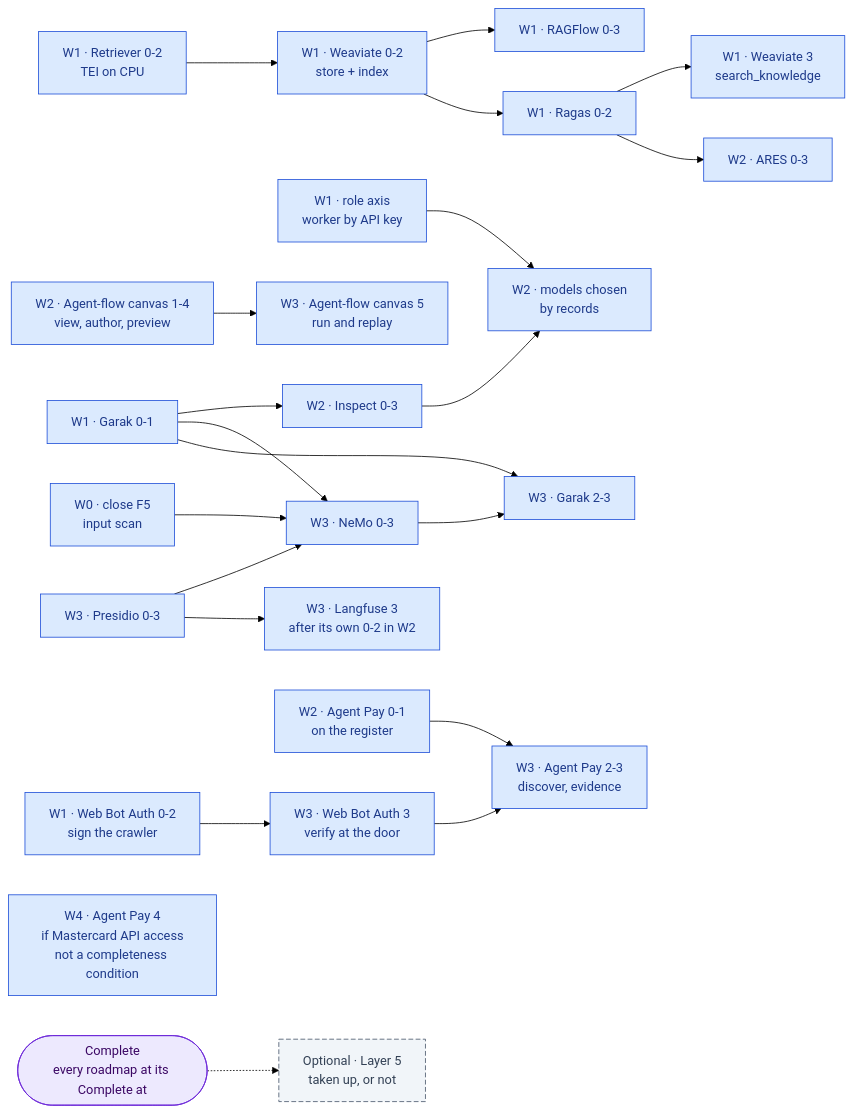
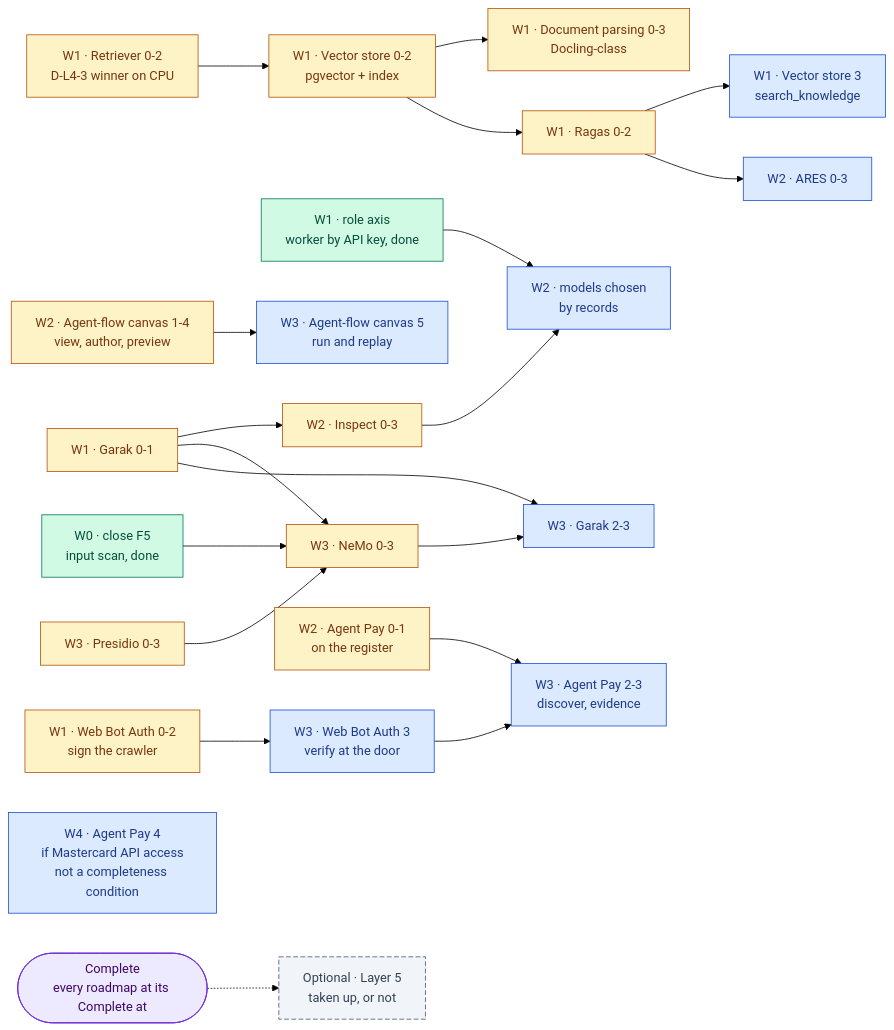
The fourth of 5 diagrams in docs/ai-architecture-roadmap.md (RodnaPamet/inflect-compliance), drawn with Mermaid (forest theme) before and after one commit. The commit also changed other lines of this file and 287 other files, not shown here.

First line of the commit message:
AI roadmap waves 0–1: owner decisions, 22 phases built across 15 roadmaps (#5323)

````diff
--- a/docs/ai-architecture-roadmap.md
+++ b/docs/ai-architecture-roadmap.md
@@ -679,51 +866,51 @@
 ```mermaid
 flowchart LR
-  F5["W0 · close F5<br/>input scan"]:::todo
-  RT1["W1 · Retriever 0-2<br/>TEI on CPU"]:::todo
-  WV2["W1 · Weaviate 0-2<br/>store + index"]:::todo
-  RF2["W1 · RAGFlow 0-3"]:::todo
-  RA2["W1 · Ragas 0-2"]:::todo
-  WV3["W1 · Weaviate 3<br/>search_knowledge"]:::todo
+  F5["W0 · close F5<br/>input scan, done"]:::done
+  RT1["W1 · Retriever 0-2<br/>D-L4-3 winner on CPU"]:::partial
+  WV2["W1 · Vector store 0-2<br/>pgvector + index"]:::partial
+  RF2["W1 · Document parsing 0-3<br/>Docling-class"]:::partial
+  RA2["W1 · Ragas 0-2"]:::partial
+  WV3["W1 · Vector store 3<br/>search_knowledge"]:::todo
   AR2["W2 · ARES 0-3"]:::todo
-  GA1["W1 · Garak 0-1"]:::todo
-  RX1["W1 · role axis<br/>worker by API key"]:::todo
-  IS2["W2 · Inspect 0-3"]:::todo
+  GA1["W1 · Garak 0-1"]:::partial
+  RX1["W1 · role axis<br/>worker by API key, done"]:::done
+  IS2["W2 · Inspect 0-3"]:::partial
   NR3["W2 · models chosen<br/>by records"]:::todo
-  AF1["W2 · Agent-flow canvas 1-4<br/>view, author, preview"]:::todo
+  AF1["W2 · Agent-flow canvas 1-4<br/>view, author, preview"]:::partial
   AF4["W3 · Agent-flow canvas 5<br/>run and replay"]:::todo
-  PR2["W3 · Presidio 0-3"]:::todo
-  NG2["W3 · NeMo 0-3"]:::todo
-  LU3["W3 · Langfuse 3<br/>after its own 0-2 in W2"]:::todo
+  PR2["W3 · Presidio 0-3"]:::partial
+  NG2["W3 · NeMo 0-3"]:::partial
   GA2["W3 · Garak 2-3"]:::todo
-  WB2["W1 · Web Bot Auth 0-2<br/>sign the crawler"]:::todo
+  WB2["W1 · Web Bot Auth 0-2<br/>sign the crawler"]:::partial
   WB3["W3 · Web Bot Auth 3<br/>verify at the door"]:::todo
-  AP1["W2 · Agent Pay 0-1<br/>on the register"]:::todo
+  AP1["W2 · Agent Pay 0-1<br/>on the register"]:::partial
   AP3["W3 · Agent Pay 2-3<br/>discover, evidence"]:::todo
   AP4["W4 · Agent Pay 4<br/>if Mastercard API access<br/>not a completeness condition"]:::todo
   DONE(["Complete<br/>every roadmap at its Complete at"]):::gate
   L5["Optional · Layer 5<br/>taken up, or not"]:::optional
 
   RT1 --> WV2
   WV2 --> RF2
   WV2 --> RA2
   RA2 --> WV3
   RA2 --> AR2
   RX1 --> NR3
   IS2 --> NR3
   GA1 --> IS2
   AF1 --> AF4
   F5 --> NG2
   GA1 --> NG2
   PR2 --> NG2
-  PR2 --> LU3
   GA1 --> GA2
   NG2 --> GA2
   WB2 --> WB3
   WB3 --> AP3
   AP1 --> AP3
   DONE -.-> L5
 
+  classDef done fill:#d1fae5,stroke:#047857,color:#064e3b
+  classDef partial fill:#fef3c7,stroke:#b45309,color:#78350f
   classDef todo fill:#dbeafe,stroke:#1d4ed8,color:#1e3a8a
   classDef gate fill:#ede9fe,stroke:#6d28d9,color:#3b0764
   classDef optional fill:#f1f5f9,stroke:#475569,color:#334155,stroke-dasharray:6 3
 ```
````
